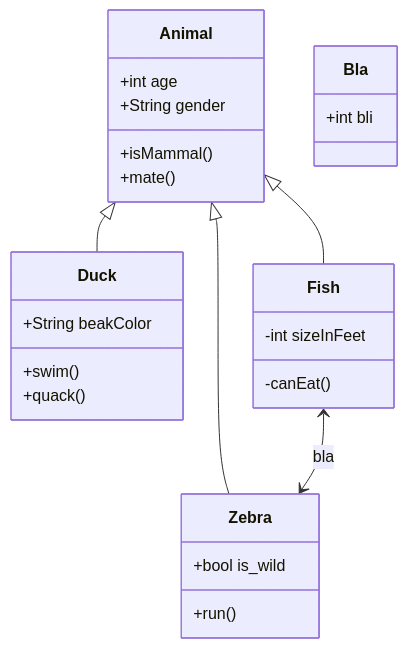
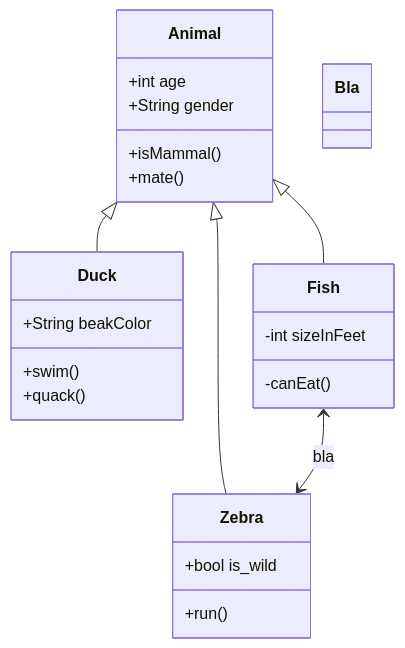
The diagram in README.md (DataCoveEU/FAIRiTRASH), drawn with Mermaid before and after one commit.

````diff
--- a/README.md
+++ b/README.md
@@ -4,30 +4,30 @@
 ```mermaid
 classDiagram
     Animal <|-- Duck
     Animal <|-- Fish
     Animal <|-- Zebra
     Animal : +int age
     Animal : +String gender
     Animal: +isMammal()
     Animal: +mate()
     
     class Duck{
       +String beakColor
       +swim()
       +quack()
     }
     class Fish{
       -int sizeInFeet
       -canEat()
     }
     class Zebra{
       +bool is_wild
       +run()
     }
     class Bla{
-      +int bli
+     
     }
 
 
     Fish <--> Zebra: bla
 ```
````
